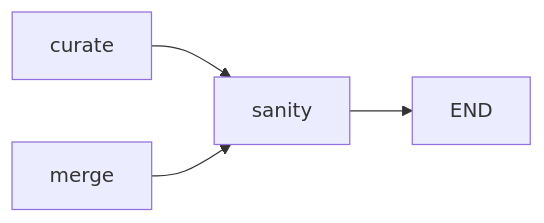
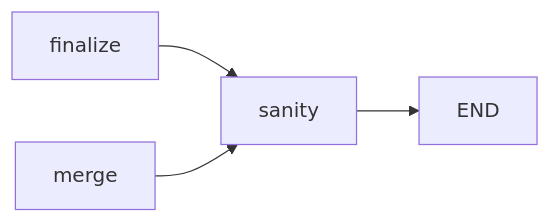
The diagram in docs/rna/amalgkit/steps/11_sanity.md (docxology/MetaInformAnt), drawn with Mermaid before and after one commit. The commit also changed other lines of this file and 448 other files, not shown here.

````diff
--- a/docs/rna/amalgkit/steps/11_sanity.md
+++ b/docs/rna/amalgkit/steps/11_sanity.md
@@ -142,6 +142,6 @@
 ```mermaid
 flowchart LR
-    A[curate] --> B[sanity]
+    A[finalize] --> B[sanity]
     C[merge] --> B
     B --> D[END]
 ```
````
